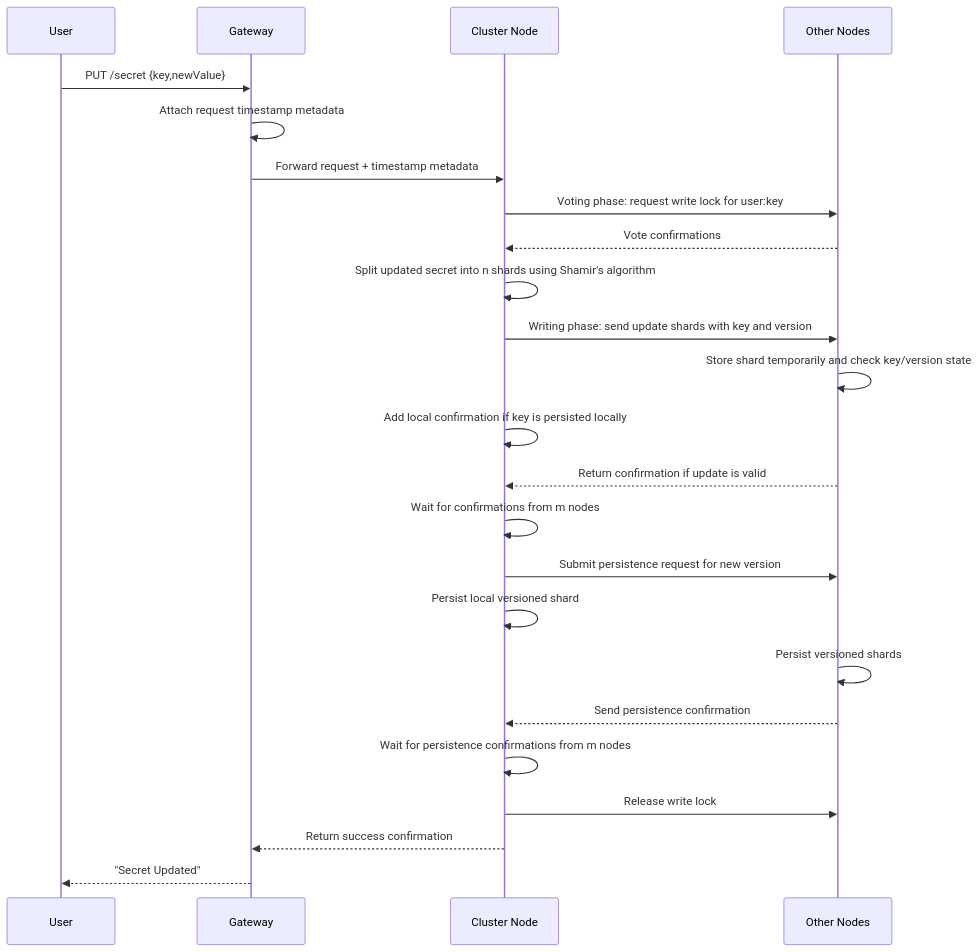
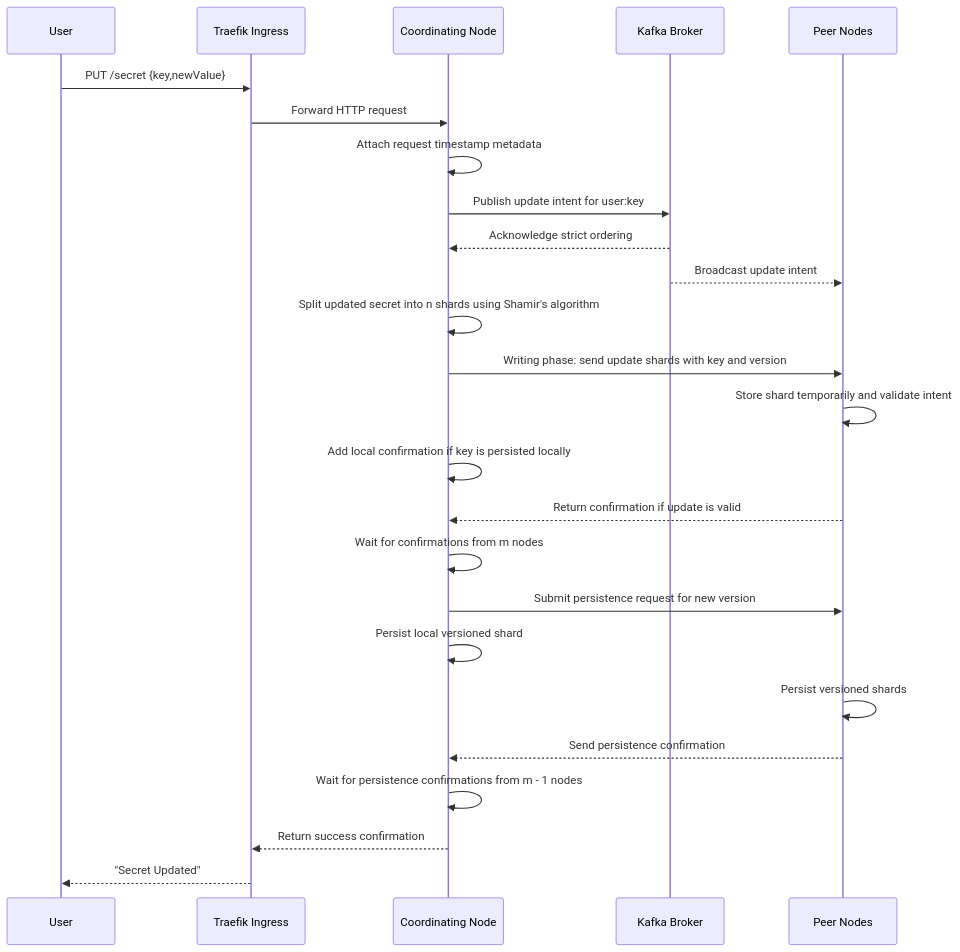
Before and after one commit to S26-Distributed-Capstone/DistributedSecretsVault: the first of 2 diagrams in docs/crud/update.md, drawn with Mermaid. The commit also changed other lines of this file and 7 other files, not shown here.

````diff
--- a/docs/crud/update.md
+++ b/docs/crud/update.md
@@ -33,26 +33,27 @@
 ```mermaid
 sequenceDiagram
     participant User
-    participant Gateway
-    participant Node as Cluster Node
-    participant Peers as Other Nodes
-    User->>Gateway: PUT /secret {key,newValue}
-    Gateway->>Gateway: Attach request timestamp metadata
-    Gateway->>Node: Forward request + timestamp metadata
-    Node->>Peers: Voting phase: request write lock for user:key
-    Peers-->>Node: Vote confirmations
+    participant Ingress as Traefik Ingress
+    participant Node as Coordinating Node
+    participant Kafka as Kafka Broker
+    participant Peers as Peer Nodes
+    User->>Ingress: PUT /secret {key,newValue}
+    Ingress->>Node: Forward HTTP request
+    Node->>Node: Attach request timestamp metadata
+    Node->>Kafka: Publish update intent for user:key
+    Kafka-->>Node: Acknowledge strict ordering
+    Kafka-->>Peers: Broadcast update intent
     Node->>Node: Split updated secret into n shards using Shamir's algorithm
     Node->>Peers: Writing phase: send update shards with key and version
-    Peers->>Peers: Store shard temporarily and check key/version state
+    Peers->>Peers: Store shard temporarily and validate intent
     Node->>Node: Add local confirmation if key is persisted locally
     Peers-->>Node: Return confirmation if update is valid
     Node->>Node: Wait for confirmations from m nodes
     Node->>Peers: Submit persistence request for new version
     Node->>Node: Persist local versioned shard
     Peers->>Peers: Persist versioned shards
     Peers-->>Node: Send persistence confirmation
-    Node->>Node: Wait for persistence confirmations from m nodes
-    Node->>Peers: Release write lock
-    Node-->>Gateway: Return success confirmation
-    Gateway-->>User: "Secret Updated"
+    Node->>Node: Wait for persistence confirmations from m - 1 nodes
+    Node-->>Ingress: Return success confirmation
+    Ingress-->>User: "Secret Updated"
 ```
````
